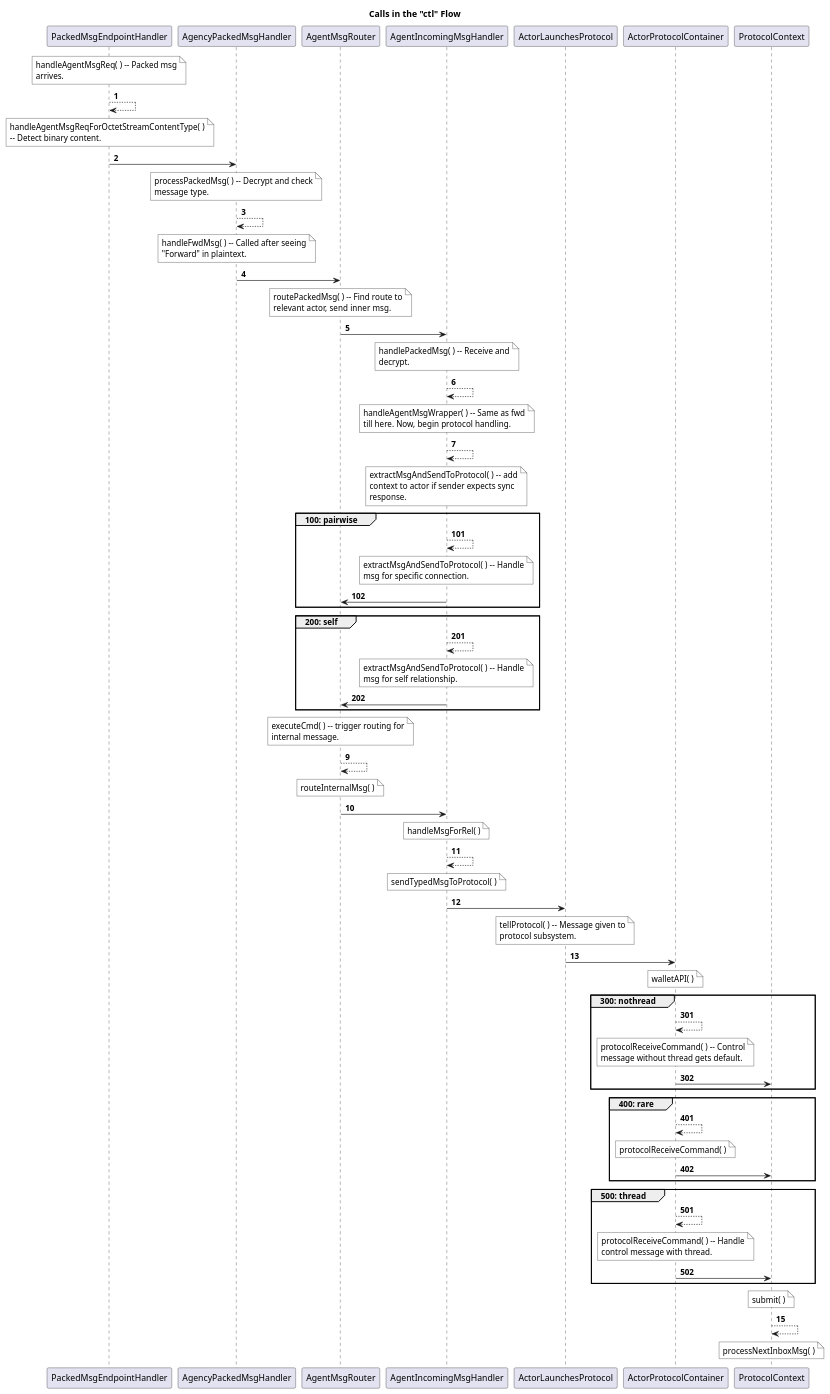
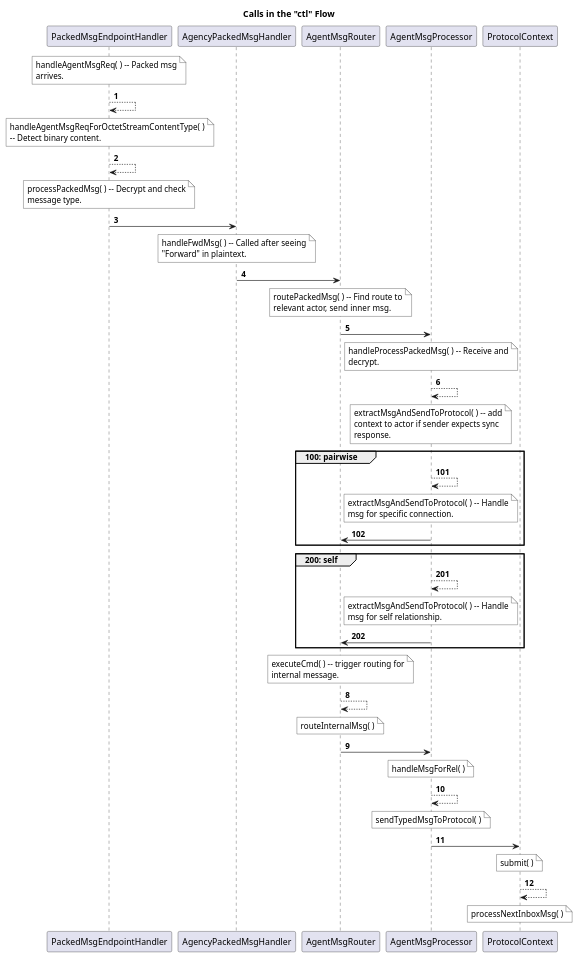
Before and after one commit to evernym/verity: the diagram in doc/ctl_flow.puml, drawn with PlantUML. The commit also changed 63 other files, not shown here.

```diff
--- a/doc/ctl_flow.puml
+++ b/doc/ctl_flow.puml
@@ -1,75 +1,47 @@
 @startuml
 
 title Calls in the "ctl" Flow
 
 autonumber 1
 note over PackedMsgEndpointHandler #ffffff: handleAgentMsgReq( ) -- Packed msg\narrives.
 PackedMsgEndpointHandler --> PackedMsgEndpointHandler
 note over PackedMsgEndpointHandler #ffffff: handleAgentMsgReqForOctetStreamContentType( )\n-- Detect binary content.
+PackedMsgEndpointHandler --> PackedMsgEndpointHandler
+note over PackedMsgEndpointHandler #ffffff: processPackedMsg( ) -- Decrypt and check\nmessage type.
 PackedMsgEndpointHandler -> AgencyPackedMsgHandler
-note over AgencyPackedMsgHandler #ffffff: processPackedMsg( ) -- Decrypt and check\nmessage type.
-AgencyPackedMsgHandler --> AgencyPackedMsgHandler
 note over AgencyPackedMsgHandler #ffffff: handleFwdMsg( ) -- Called after seeing\n"Forward" in plaintext.
 AgencyPackedMsgHandler -> AgentMsgRouter
 note over AgentMsgRouter #ffffff: routePackedMsg( ) -- Find route to\nrelevant actor, send inner msg.
-AgentMsgRouter -> AgentIncomingMsgHandler
-note over AgentIncomingMsgHandler #ffffff: handlePackedMsg( ) -- Receive and\ndecrypt.
-AgentIncomingMsgHandler --> AgentIncomingMsgHandler
-note over AgentIncomingMsgHandler #ffffff: handleAgentMsgWrapper( ) -- Same as fwd\ntill here. Now, begin protocol handling.
-AgentIncomingMsgHandler --> AgentIncomingMsgHandler
-note over AgentIncomingMsgHandler #ffffff: extractMsgAndSendToProtocol( ) -- add\ncontext to actor if sender expects sync\nresponse.
+AgentMsgRouter -> AgentMsgProcessor
+note over AgentMsgProcessor #ffffff: handleProcessPackedMsg( ) -- Receive and\ndecrypt.
+AgentMsgProcessor --> AgentMsgProcessor
+note over AgentMsgProcessor #ffffff: extractMsgAndSendToProtocol( ) -- add\ncontext to actor if sender expects sync\nresponse.
 
 group 100: pairwise
 autonumber 101
-AgentIncomingMsgHandler --> AgentIncomingMsgHandler
-note over AgentIncomingMsgHandler #ffffff: extractMsgAndSendToProtocol( ) -- Handle\nmsg for specific connection.
-AgentIncomingMsgHandler -> AgentMsgRouter
+AgentMsgProcessor --> AgentMsgProcessor
+note over AgentMsgProcessor #ffffff: extractMsgAndSendToProtocol( ) -- Handle\nmsg for specific connection.
+AgentMsgProcessor -> AgentMsgRouter
 end
 
 group 200: self
 autonumber 201
-AgentIncomingMsgHandler --> AgentIncomingMsgHandler
-note over AgentIncomingMsgHandler #ffffff: extractMsgAndSendToProtocol( ) -- Handle\nmsg for self relationship.
-AgentIncomingMsgHandler -> AgentMsgRouter
+AgentMsgProcessor --> AgentMsgProcessor
+note over AgentMsgProcessor #ffffff: extractMsgAndSendToProtocol( ) -- Handle\nmsg for self relationship.
+AgentMsgProcessor -> AgentMsgRouter
 end
 
-autonumber 9
+autonumber 8
 note over AgentMsgRouter #ffffff: executeCmd( ) -- trigger routing for\ninternal message.
 AgentMsgRouter --> AgentMsgRouter
 note over AgentMsgRouter #ffffff: routeInternalMsg( )
-AgentMsgRouter -> AgentIncomingMsgHandler
-note over AgentIncomingMsgHandler #ffffff: handleMsgForRel( )
-AgentIncomingMsgHandler --> AgentIncomingMsgHandler
-note over AgentIncomingMsgHandler #ffffff: sendTypedMsgToProtocol( )
-AgentIncomingMsgHandler -> ActorLaunchesProtocol
-note over ActorLaunchesProtocol #ffffff: tellProtocol( ) -- Message given to\nprotocol subsystem.
-ActorLaunchesProtocol -> ActorProtocolContainer
-note over ActorProtocolContainer #ffffff: walletAPI( )
-
-group 300: nothread
-autonumber 301
-ActorProtocolContainer --> ActorProtocolContainer
-note over ActorProtocolContainer #ffffff: protocolReceiveCommand( ) -- Control\nmessage without thread gets default.
-ActorProtocolContainer -> ProtocolContext
-end
-
-group 400: rare
-autonumber 401
-ActorProtocolContainer --> ActorProtocolContainer
-note over ActorProtocolContainer #ffffff: protocolReceiveCommand( )
-ActorProtocolContainer -> ProtocolContext
-end
-
-group 500: thread
-autonumber 501
-ActorProtocolContainer --> ActorProtocolContainer
-note over ActorProtocolContainer #ffffff: protocolReceiveCommand( ) -- Handle\ncontrol message with thread.
-ActorProtocolContainer -> ProtocolContext
-end
-
-autonumber 15
+AgentMsgRouter -> AgentMsgProcessor
+note over AgentMsgProcessor #ffffff: handleMsgForRel( )
+AgentMsgProcessor --> AgentMsgProcessor
+note over AgentMsgProcessor #ffffff: sendTypedMsgToProtocol( )
+AgentMsgProcessor -> ProtocolContext
 note over ProtocolContext #ffffff: submit( )
 ProtocolContext --> ProtocolContext
 note over ProtocolContext #ffffff: processNextInboxMsg( )
 
 @enduml
```
